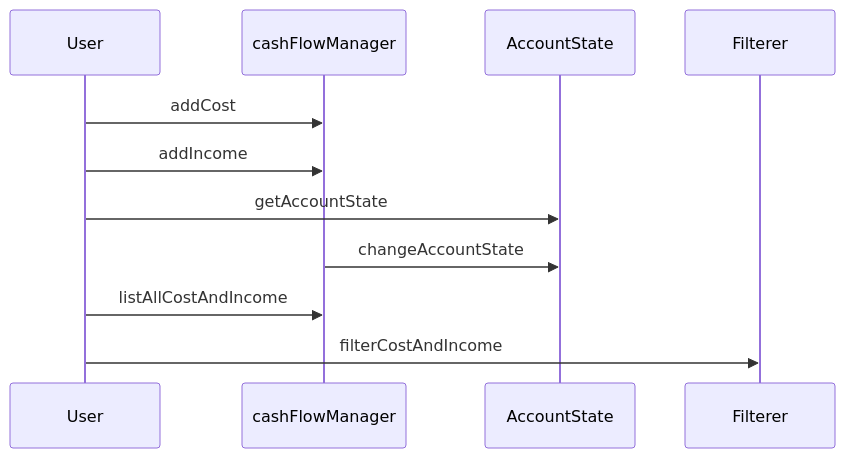
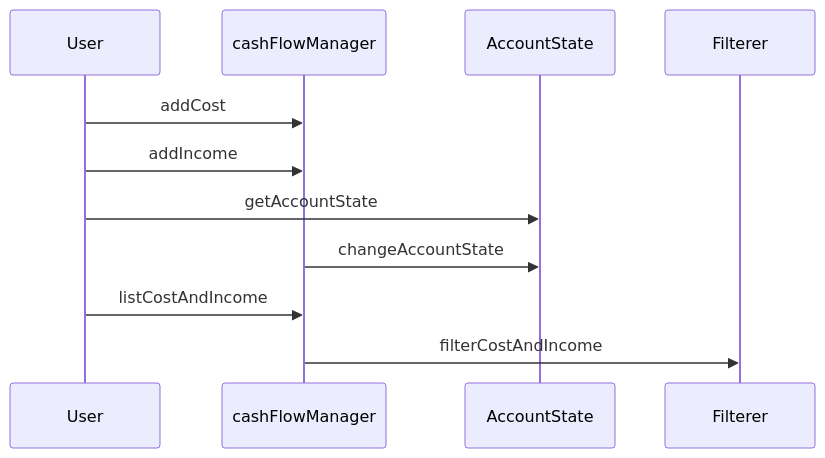
One commit to kempakepa/budgetProject changed the diagram in README.md. Above: the diagram before and after it, drawn with Mermaid. The commit also changed other lines of this file and 1 other file, not shown here.

````diff
--- a/README.md
+++ b/README.md
@@ -22,9 +22,9 @@
 ```mermaid
 sequenceDiagram
     User->>cashFlowManager: addCost
     User->>cashFlowManager: addIncome
     User->>AccountState: getAccountState
     cashFlowManager->>AccountState: changeAccountState
-    User->>cashFlowManager: listAllCostAndIncome
-    User->>Filterer: filterCostAndIncome
+    User->>cashFlowManager: listCostAndIncome
+    cashFlowManager->>Filterer: filterCostAndIncome
 ```
````
